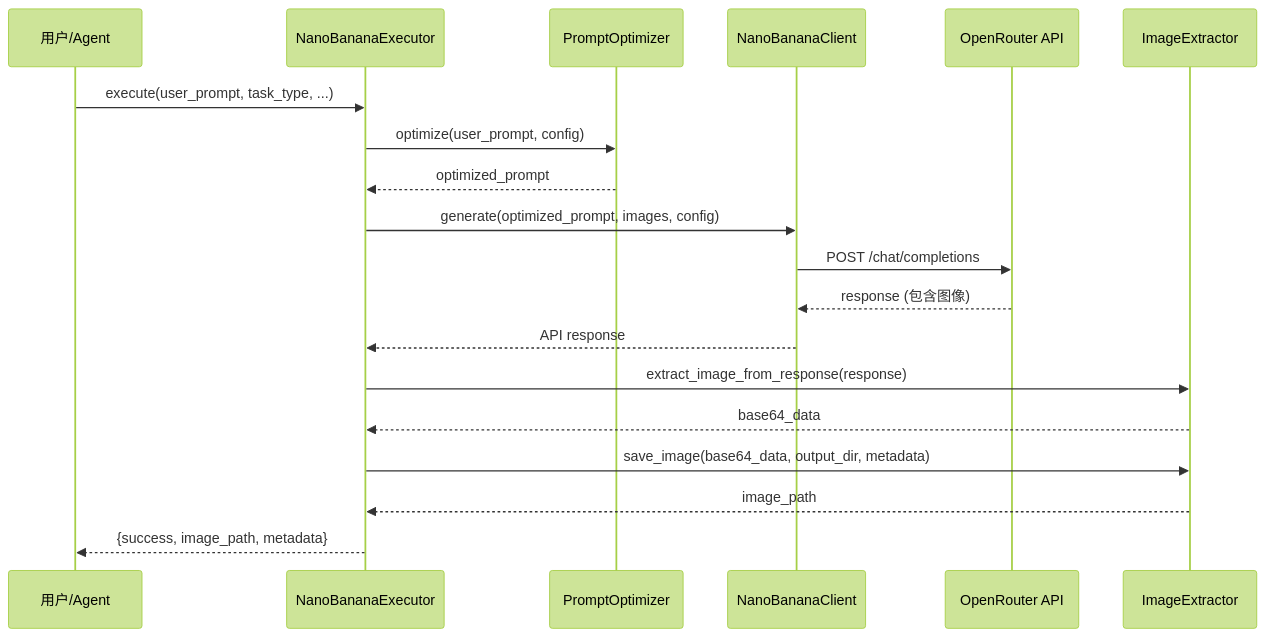
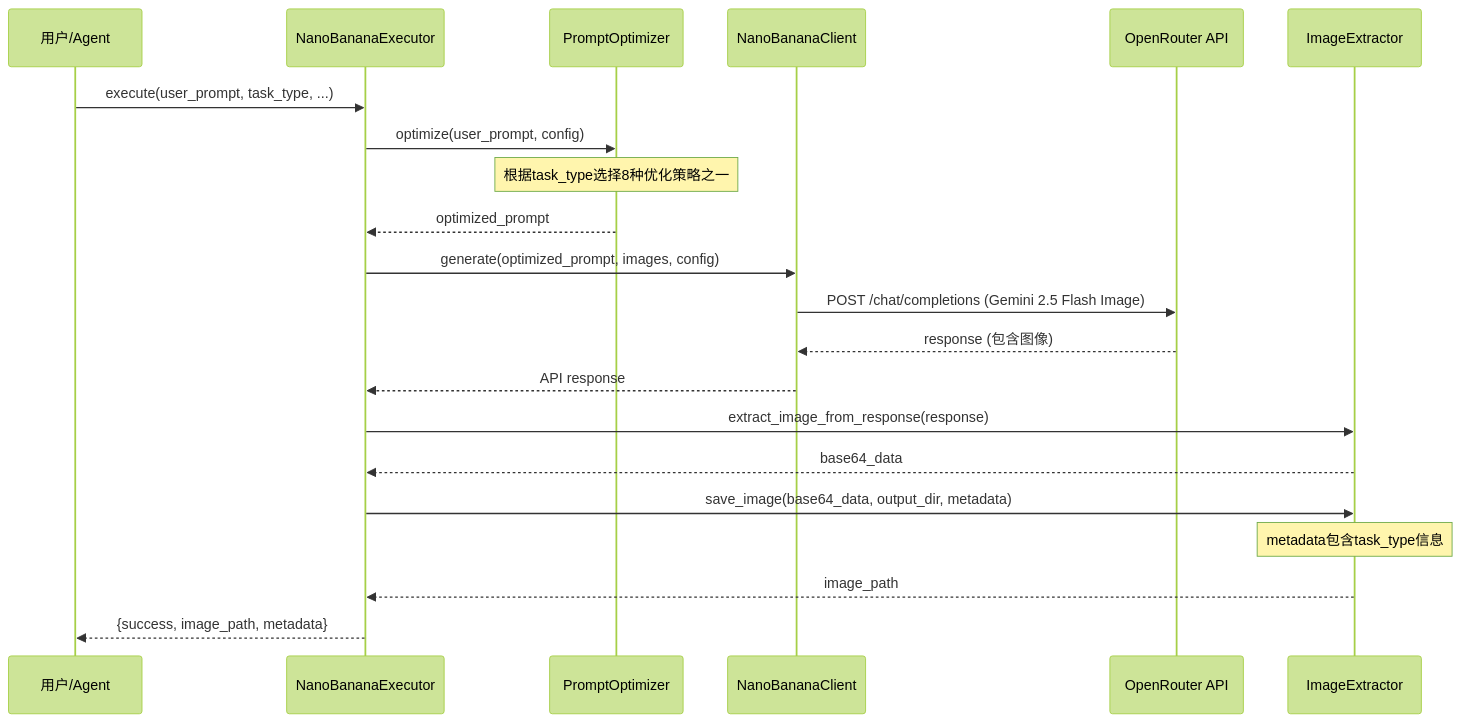
Before and after one commit to ZEN-VOID/ZTL-digital-operations-center: the diagram in plugins/创意组/skills/AIGC/nano-banana/reference.md, drawn with Mermaid (forest theme). The commit also changed other lines of this file and 12 other files, not shown here.

````diff
--- a/plugins/创意组/skills/AIGC/nano-banana/reference.md
+++ b/plugins/创意组/skills/AIGC/nano-banana/reference.md
@@ -54,22 +66,24 @@
 ```mermaid
 sequenceDiagram
     participant User as 用户/Agent
     participant Executor as NanoBananaExecutor
     participant Optimizer as PromptOptimizer
     participant Client as NanoBananaClient
     participant API as OpenRouter API
     participant Extractor as ImageExtractor
 
     User->>Executor: execute(user_prompt, task_type, ...)
     Executor->>Optimizer: optimize(user_prompt, config)
+    Note over Optimizer: 根据task_type选择8种优化策略之一
     Optimizer-->>Executor: optimized_prompt
     Executor->>Client: generate(optimized_prompt, images, config)
-    Client->>API: POST /chat/completions
+    Client->>API: POST /chat/completions (Gemini 2.5 Flash Image)
     API-->>Client: response (包含图像)
     Client-->>Executor: API response
     Executor->>Extractor: extract_image_from_response(response)
     Extractor-->>Executor: base64_data
     Executor->>Extractor: save_image(base64_data, output_dir, metadata)
+    Note over Extractor: metadata包含task_type信息
     Extractor-->>Executor: image_path
     Executor-->>User: {success, image_path, metadata}
 ```
````
